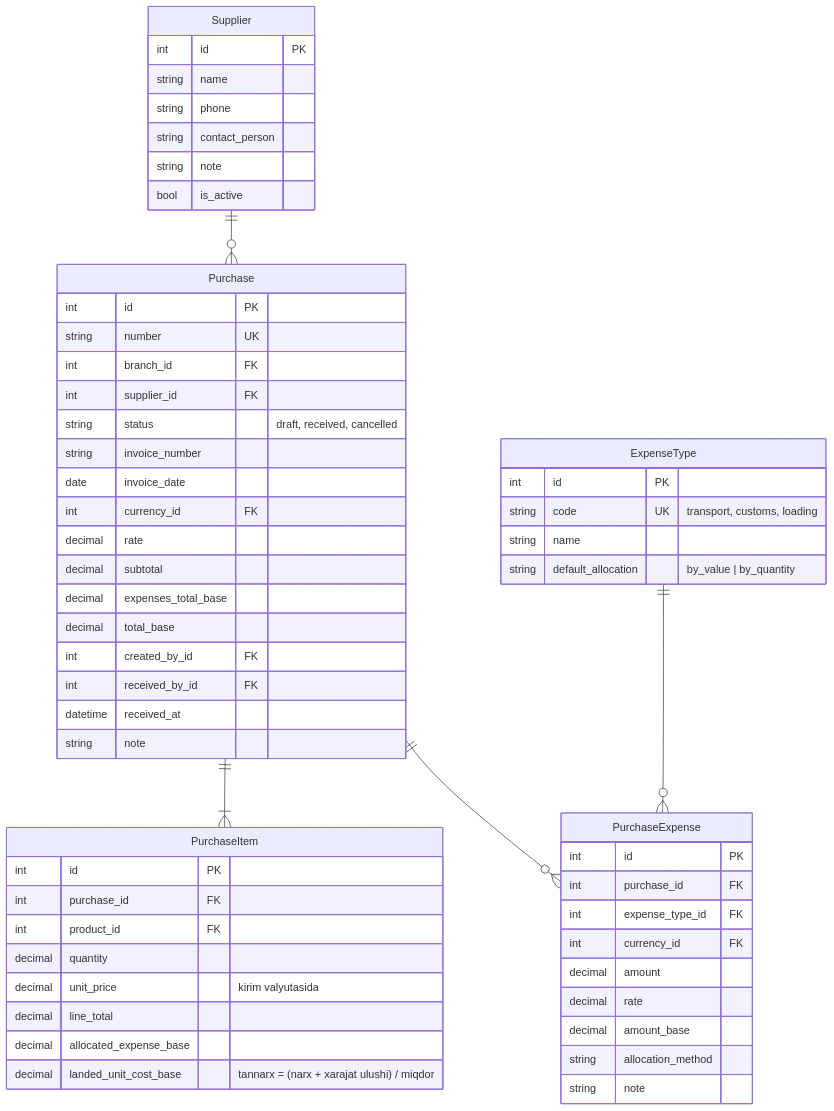
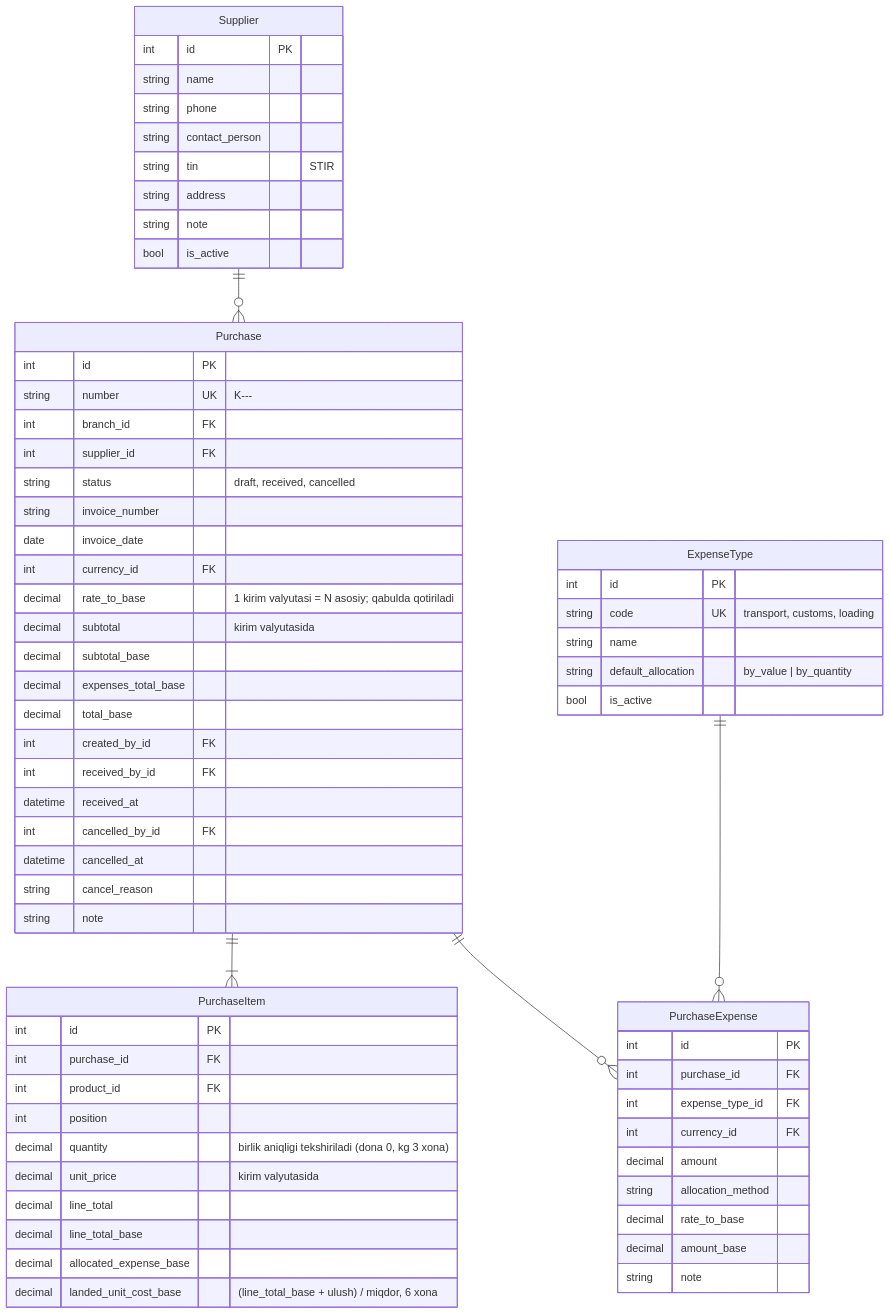
The fifth of 8 diagrams in docs/er-diagram.md (RaxmonovIlhombek/sevento_back), drawn with Mermaid before and after one commit. The commit also changed other lines of this file and 6 other files, not shown here.

First line of the commit message:
4-bosqich: hujjatlar (ER, hodisalar, realtime, huquqlar, reja, README)

````diff
--- a/docs/er-diagram.md
+++ b/docs/er-diagram.md
@@ -297,60 +305,69 @@
 ```mermaid
 erDiagram
   Supplier {
     int id PK
     string name
     string phone
     string contact_person
+    string tin "STIR"
+    string address
     string note
     bool is_active
   }
   Purchase {
     int id PK
-    string number UK
+    string number UK "K-<nuqta>-<yil>-<raqam>"
     int branch_id FK
     int supplier_id FK
     string status "draft, received, cancelled"
     string invoice_number
     date invoice_date
     int currency_id FK
-    decimal rate
-    decimal subtotal
+    decimal rate_to_base "1 kirim valyutasi = N asosiy; qabulda qotiriladi"
+    decimal subtotal "kirim valyutasida"
+    decimal subtotal_base
     decimal expenses_total_base
     decimal total_base
     int created_by_id FK
     int received_by_id FK
     datetime received_at
+    int cancelled_by_id FK
+    datetime cancelled_at
+    string cancel_reason
     string note
   }
   PurchaseItem {
     int id PK
     int purchase_id FK
     int product_id FK
-    decimal quantity
+    int position
+    decimal quantity "birlik aniqligi tekshiriladi (dona 0, kg 3 xona)"
     decimal unit_price "kirim valyutasida"
     decimal line_total
+    decimal line_total_base
     decimal allocated_expense_base
-    decimal landed_unit_cost_base "tannarx = (narx + xarajat ulushi) / miqdor"
+    decimal landed_unit_cost_base "(line_total_base + ulush) / miqdor, 6 xona"
   }
   ExpenseType {
     int id PK
     string code UK "transport, customs, loading"
     string name
     string default_allocation "by_value | by_quantity"
+    bool is_active
   }
   PurchaseExpense {
     int id PK
     int purchase_id FK
     int expense_type_id FK
     int currency_id FK
     decimal amount
-    decimal rate
+    string allocation_method
+    decimal rate_to_base
     decimal amount_base
-    string allocation_method
     string note
   }
   Supplier ||--o{ Purchase : ""
   Purchase ||--|{ PurchaseItem : ""
   Purchase ||--o{ PurchaseExpense : ""
   ExpenseType ||--o{ PurchaseExpense : ""
 ```
````
